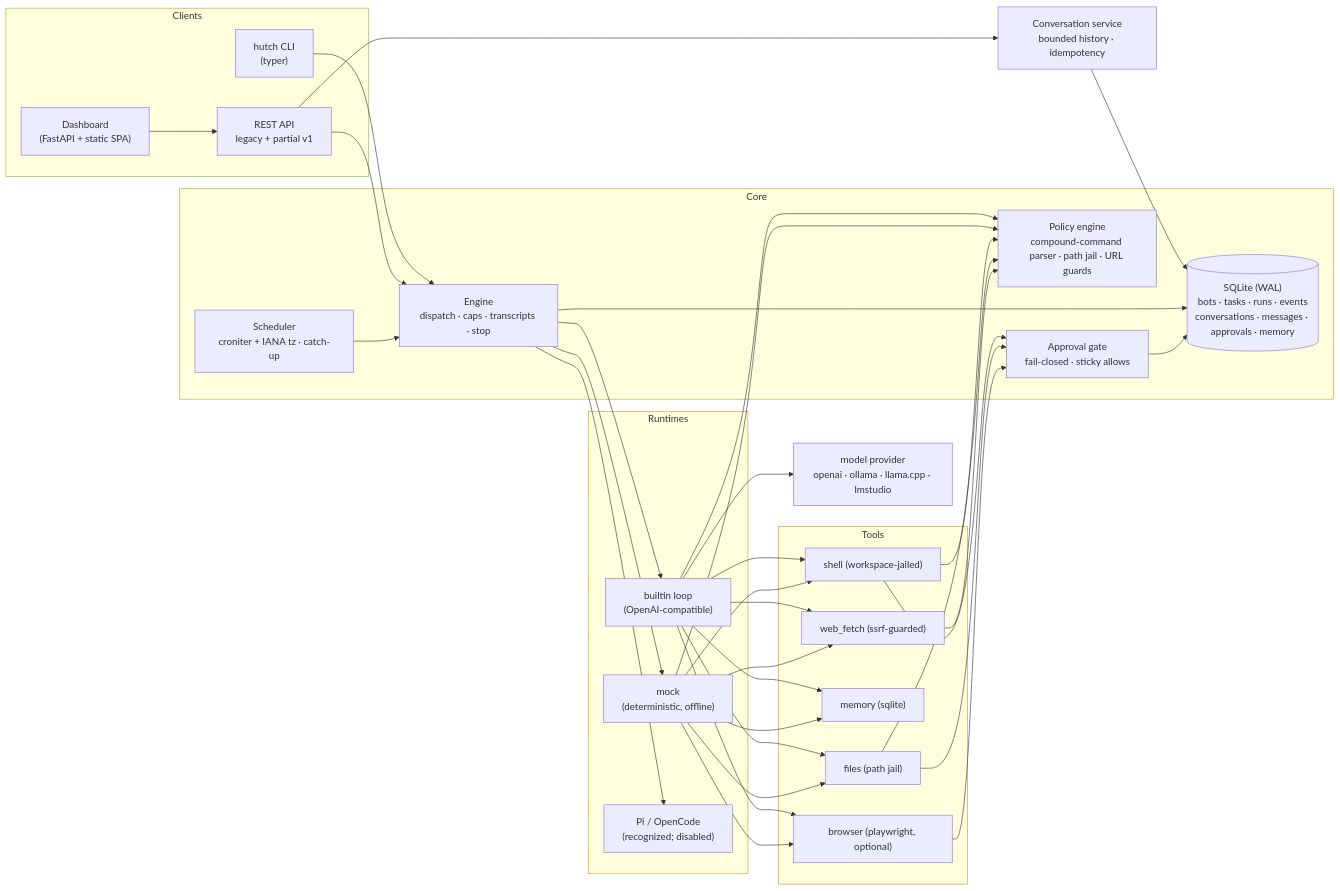
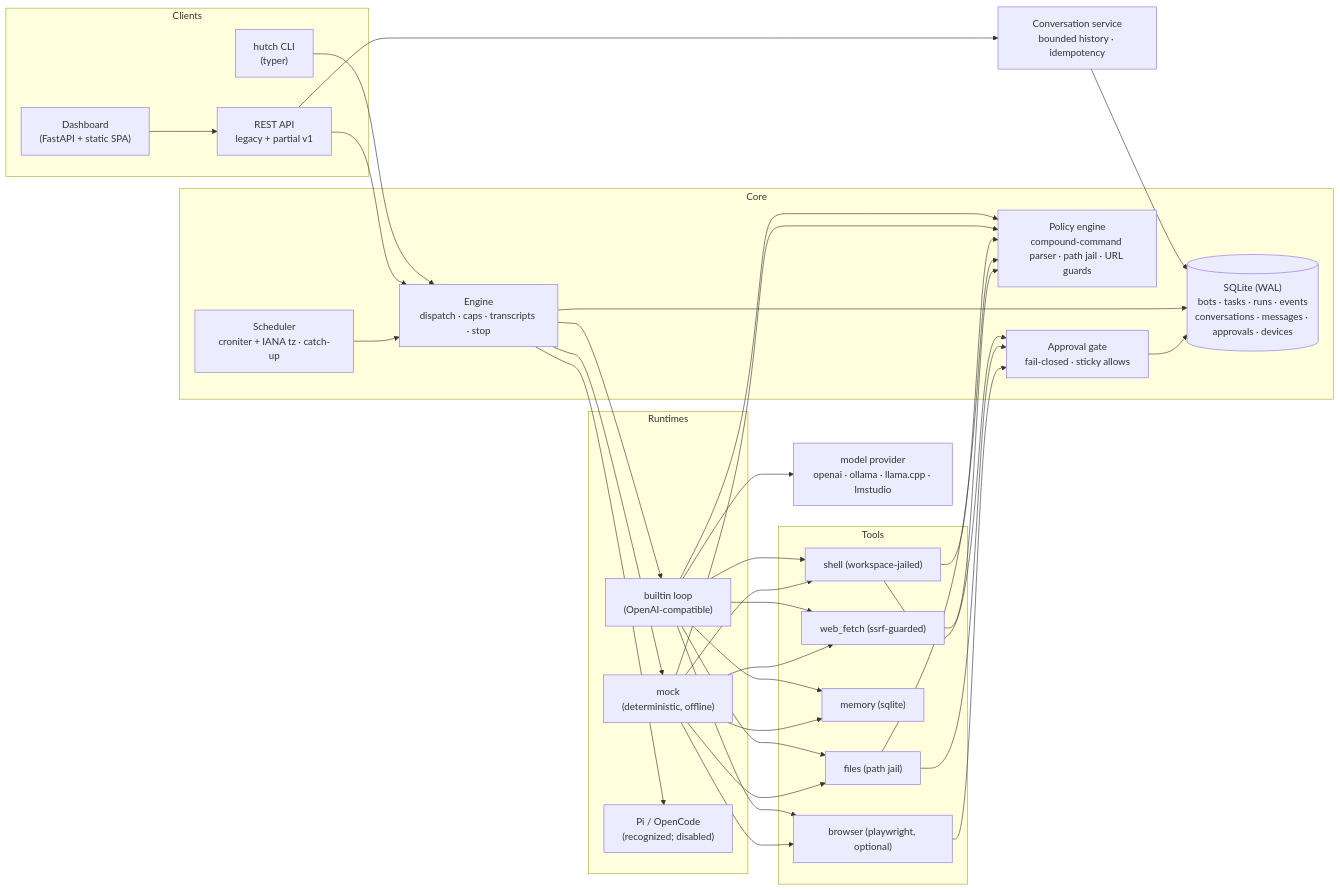
The diagram in docs/architecture.md (K-Arthur/hutch), drawn with Mermaid before and after one commit. The commit also changed other lines of this file and 20 other files, not shown here.

````diff
--- a/docs/architecture.md
+++ b/docs/architecture.md
@@ -9,45 +9,45 @@
 ```mermaid
 flowchart LR
   subgraph Clients
     CLI["hutch CLI<br/>(typer)"]
     UI["Dashboard<br/>(FastAPI + static SPA)"]
     API["REST API<br/>legacy + partial v1"]
   end
 
   subgraph Core
     ENG["Engine<br/>dispatch · caps · transcripts · stop"]
     SCH["Scheduler<br/>croniter + IANA tz · catch-up"]
-    SCHED_STORE[("SQLite (WAL)<br/>bots · tasks · runs · events<br/>conversations · messages · approvals · memory")]
+    SCHED_STORE[("SQLite (WAL)<br/>bots · tasks · runs · events<br/>conversations · messages · approvals · devices")]
     POL["Policy engine<br/>compound-command parser · path jail · URL guards"]
     GATE["Approval gate<br/>fail-closed · sticky allows"]
   end
 
   subgraph Runtimes
     BUILTIN["builtin loop<br/>(OpenAI-compatible)"]
     MOCK["mock<br/>(deterministic, offline)"]
     EXT["Pi / OpenCode<br/>(recognized; disabled)"]
   end
 
   subgraph Tools
     SH["shell (workspace-jailed)"]
     FI["files (path jail)"]
     ME["memory (sqlite)"]
     WF["web_fetch (ssrf-guarded)"]
     BR["browser (playwright, optional)"]
   end
 
   CLI --> ENG
   UI --> API
   API --> ENG
   API --> CONV["Conversation service<br/>bounded history · idempotency"]
   CONV --> SCHED_STORE
   SCH --> ENG
   ENG --> SCHED_STORE
   ENG --> BUILTIN & MOCK & EXT
   BUILTIN & MOCK --> POL
   BUILTIN & MOCK --> SH & FI & ME & WF & BR
   SH & FI & WF --> POL
   SH & FI & BR --> GATE
   GATE --> SCHED_STORE
   BUILTIN --> LLM["model provider<br/>openai · ollama · llama.cpp · lmstudio"]
 ```
````
